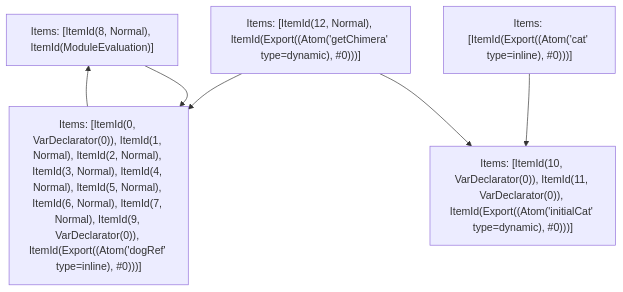
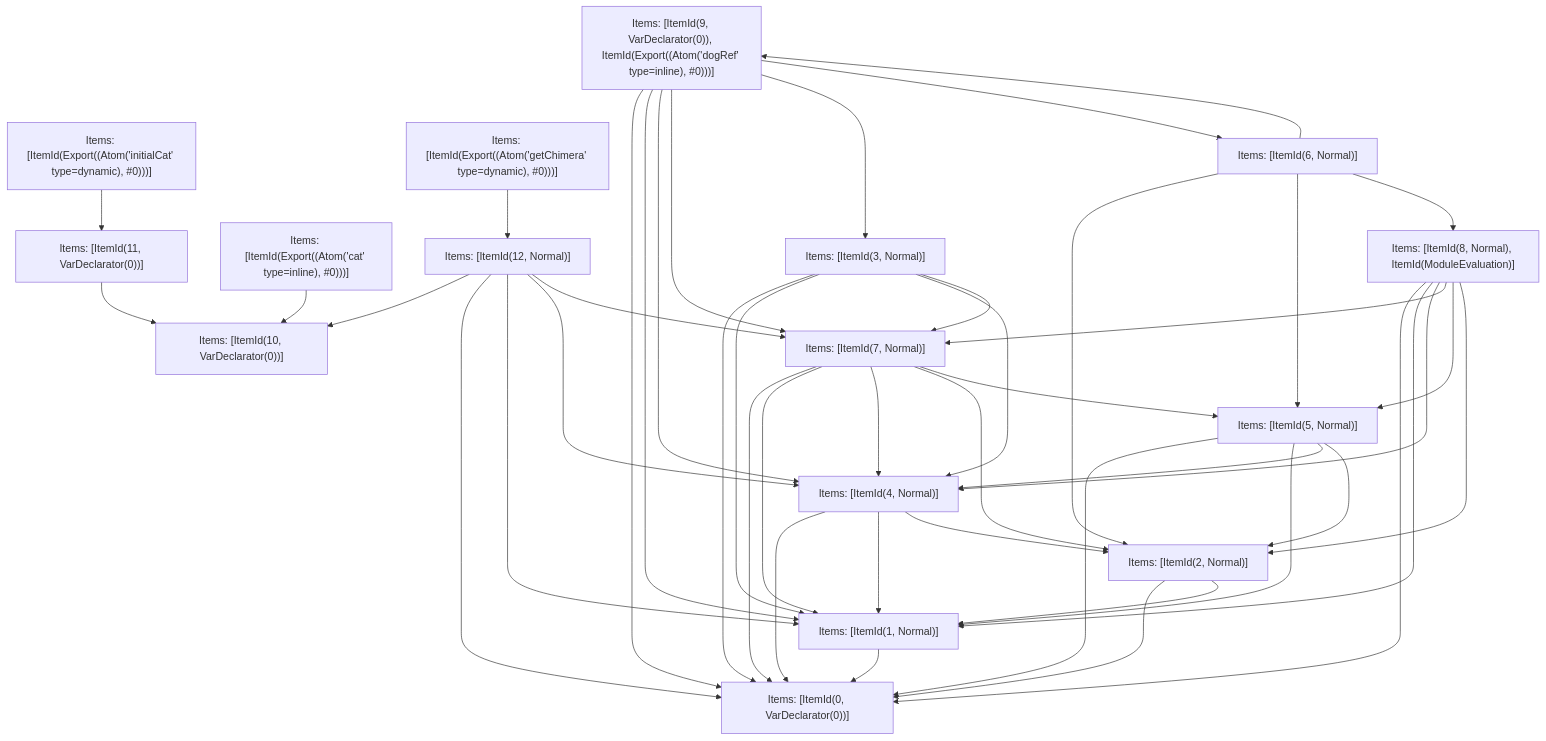
The fifth of 5 diagrams in crates/turbopack-ecmascript/tests/tree-shaker/analyzer/complex/output.md (vercel/turborepo), drawn with Mermaid before and after one commit. The commit also changed other lines of this file and 3 other files, not shown here.

````diff
--- a/crates/turbopack-ecmascript/tests/tree-shaker/analyzer/complex/output.md
+++ b/crates/turbopack-ecmascript/tests/tree-shaker/analyzer/complex/output.md
@@ -373,13 +373,63 @@
 ```mermaid
 graph TD
     N0["Items: [ItemId(8, Normal), ItemId(ModuleEvaluation)]"];
-    N1["Items: [ItemId(0, VarDeclarator(0)), ItemId(1, Normal), ItemId(2, Normal), ItemId(3, Normal), ItemId(4, Normal), ItemId(5, Normal), ItemId(6, Normal), ItemId(7, Normal), ItemId(9, VarDeclarator(0)), ItemId(Export((Atom('dogRef' type=inline), #0)))]"];
+    N1["Items: [ItemId(9, VarDeclarator(0)), ItemId(Export((Atom('dogRef' type=inline), #0)))]"];
     N2["Items: [ItemId(Export((Atom('cat' type=inline), #0)))]"];
-    N3["Items: [ItemId(10, VarDeclarator(0)), ItemId(11, VarDeclarator(0)), ItemId(Export((Atom('initialCat' type=dynamic), #0)))]"];
-    N4["Items: [ItemId(12, Normal), ItemId(Export((Atom('getChimera' type=dynamic), #0)))]"];
-    N0 --> N1;
-    N1 --> N0;
-    N2 --> N3;
-    N4 --> N3;
-    N4 --> N1;
+    N3["Items: [ItemId(Export((Atom('initialCat' type=dynamic), #0)))]"];
+    N4["Items: [ItemId(Export((Atom('getChimera' type=dynamic), #0)))]"];
+    N5["Items: [ItemId(0, VarDeclarator(0))]"];
+    N6["Items: [ItemId(1, Normal)]"];
+    N7["Items: [ItemId(2, Normal)]"];
+    N8["Items: [ItemId(3, Normal)]"];
+    N9["Items: [ItemId(4, Normal)]"];
+    N10["Items: [ItemId(5, Normal)]"];
+    N11["Items: [ItemId(6, Normal)]"];
+    N12["Items: [ItemId(10, VarDeclarator(0))]"];
+    N13["Items: [ItemId(11, VarDeclarator(0))]"];
+    N14["Items: [ItemId(12, Normal)]"];
+    N15["Items: [ItemId(7, Normal)]"];
+    N0 --> N5;
+    N0 --> N6;
+    N0 --> N9;
+    N0 --> N15;
+    N0 --> N10;
+    N0 --> N7;
+    N1 --> N5;
+    N1 --> N6;
+    N1 --> N9;
+    N1 --> N15;
+    N1 --> N8;
+    N1 --> N11;
+    N2 --> N12;
+    N3 --> N13;
+    N4 --> N14;
+    N6 --> N5;
+    N7 --> N5;
+    N7 --> N6;
+    N8 --> N5;
+    N8 --> N6;
+    N8 --> N9;
+    N8 --> N15;
+    N9 --> N5;
+    N9 --> N6;
+    N9 --> N7;
+    N10 --> N5;
+    N10 --> N6;
+    N10 --> N9;
+    N10 --> N7;
+    N11 --> N7;
+    N11 --> N10;
+    N11 --> N0;
+    N11 --> N1;
+    N13 --> N12;
+    N14 --> N12;
+    N14 --> N5;
+    N14 --> N6;
+    N14 --> N9;
+    N14 --> N15;
+    N15 --> N5;
+    N15 --> N6;
+    N15 --> N9;
+    N15 --> N7;
+    N15 --> N10;
 ```
````
